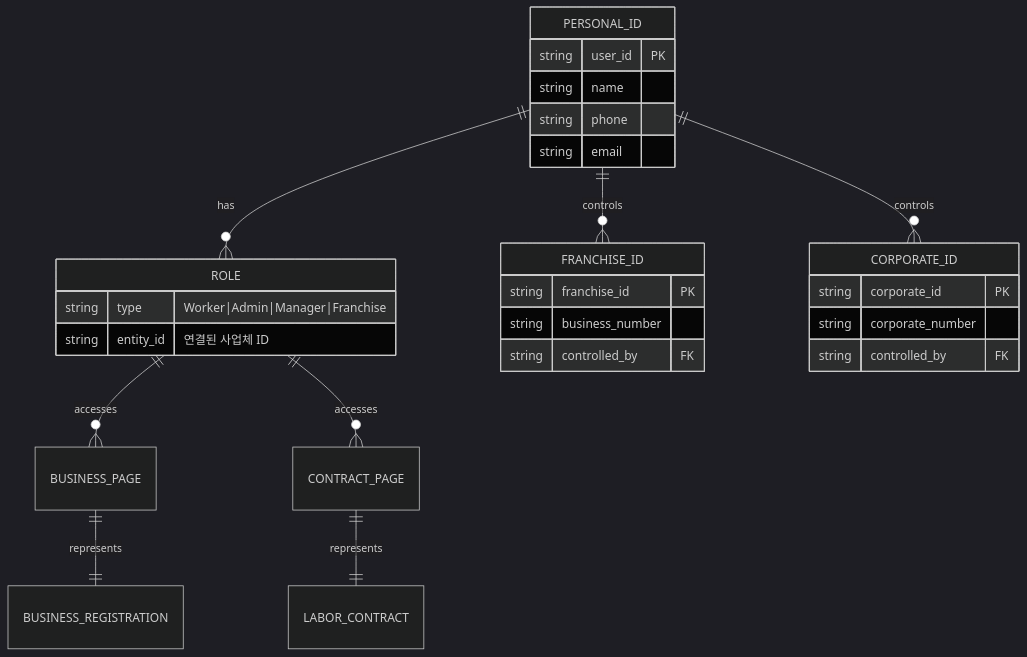
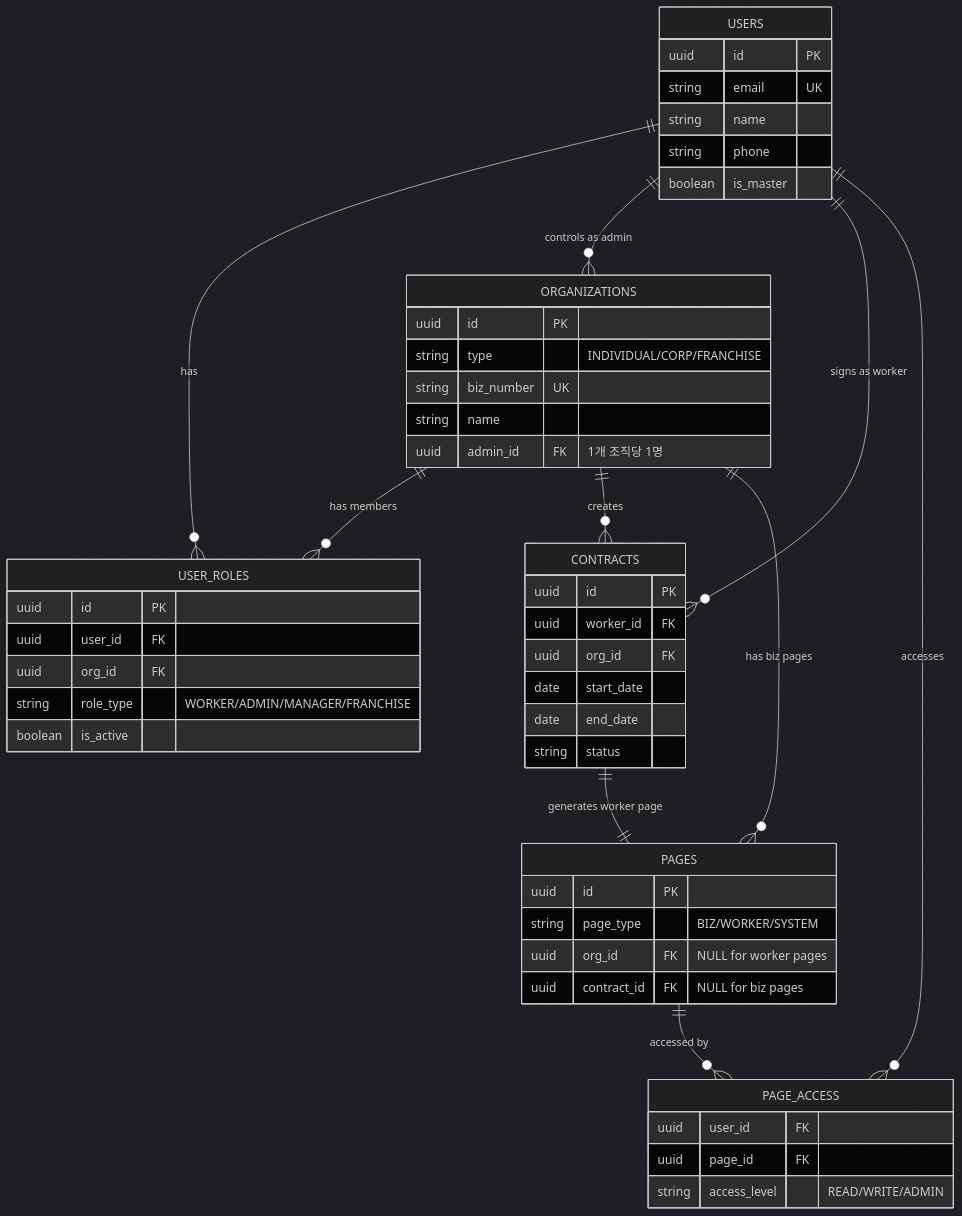
One commit to crazybass81/DOT changed the third of 3 diagrams in services/attendance/user-permission-diagram.md. Above: the diagram before and after it, drawn with Mermaid (dark theme). The commit also changed other lines of this file, not shown here.

````diff
--- a/services/attendance/user-permission-diagram.md
+++ b/services/attendance/user-permission-diagram.md
@@ -124,36 +109,58 @@
 ```mermaid
 erDiagram
-    PERSONAL_ID ||--o{ ROLE : "has"
-    PERSONAL_ID ||--o{ FRANCHISE_ID : "controls"
-    PERSONAL_ID ||--o{ CORPORATE_ID : "controls"
-    
-    ROLE {
-        string type "Worker|Admin|Manager|Franchise"
-        string entity_id "연결된 사업체 ID"
+    USERS {
+        uuid id PK
+        string email UK
+        string name
+        string phone
+        boolean is_master
     }
     
-    PERSONAL_ID {
-        string user_id PK
+    ORGANIZATIONS {
+        uuid id PK
+        string type "INDIVIDUAL/CORP/FRANCHISE"
+        string biz_number UK
         string name
-        string phone
-        string email
+        uuid admin_id FK "1개 조직당 1명"
     }
     
-    FRANCHISE_ID {
-        string franchise_id PK
-        string business_number
-        string controlled_by FK
+    USER_ROLES {
+        uuid id PK
+        uuid user_id FK
+        uuid org_id FK
+        string role_type "WORKER/ADMIN/MANAGER/FRANCHISE"
+        boolean is_active
     }
     
-    CORPORATE_ID {
-        string corporate_id PK
-        string corporate_number
-        string controlled_by FK
+    CONTRACTS {
+        uuid id PK
+        uuid worker_id FK
+        uuid org_id FK
+        date start_date
+        date end_date
+        string status
     }
     
-    BUSINESS_PAGE ||--|| BUSINESS_REGISTRATION : "represents"
-    CONTRACT_PAGE ||--|| LABOR_CONTRACT : "represents"
+    PAGES {
+        uuid id PK
+        string page_type "BIZ/WORKER/SYSTEM"
+        uuid org_id FK "NULL for worker pages"
+        uuid contract_id FK "NULL for biz pages"
+    }
     
-    ROLE ||--o{ BUSINESS_PAGE : "accesses"
-    ROLE ||--o{ CONTRACT_PAGE : "accesses"
+    PAGE_ACCESS {
+        uuid user_id FK
+        uuid page_id FK
+        string access_level "READ/WRITE/ADMIN"
+    }
+    
+    USERS ||--o{ USER_ROLES : "has"
+    USERS ||--o{ ORGANIZATIONS : "controls as admin"
+    ORGANIZATIONS ||--o{ USER_ROLES : "has members"
+    ORGANIZATIONS ||--o{ CONTRACTS : "creates"
+    USERS ||--o{ CONTRACTS : "signs as worker"
+    CONTRACTS ||--|| PAGES : "generates worker page"
+    ORGANIZATIONS ||--o{ PAGES : "has biz pages"
+    USERS ||--o{ PAGE_ACCESS : "accesses"
+    PAGES ||--o{ PAGE_ACCESS : "accessed by"
 ```
````
